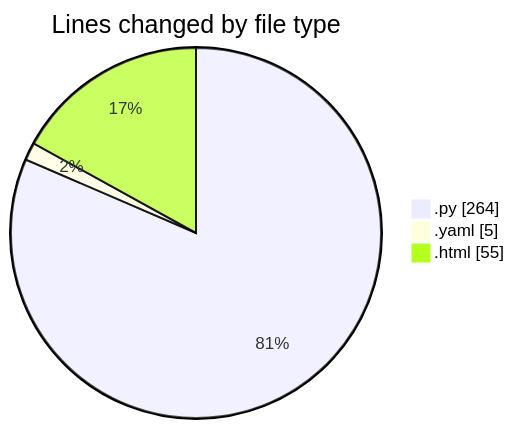
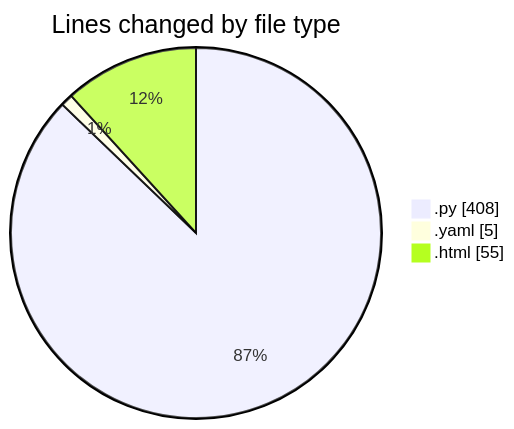
One commit to Ritupan-Deka/code-tracking changed the first of 2 diagrams in 2025-06-26/webapp/README.md. Above: the diagram before and after it, drawn with Mermaid. The commit also changed other lines of this file and 1 other file, not shown here.

````diff
--- a/2025-06-26/webapp/README.md
+++ b/2025-06-26/webapp/README.md
@@ -25,7 +26,7 @@
 ```mermaid
 pie showData
 title Lines changed by file type
-".py" : 264
+".py" : 408
 ".yaml" : 5
 ".html" : 55
 ```
````
